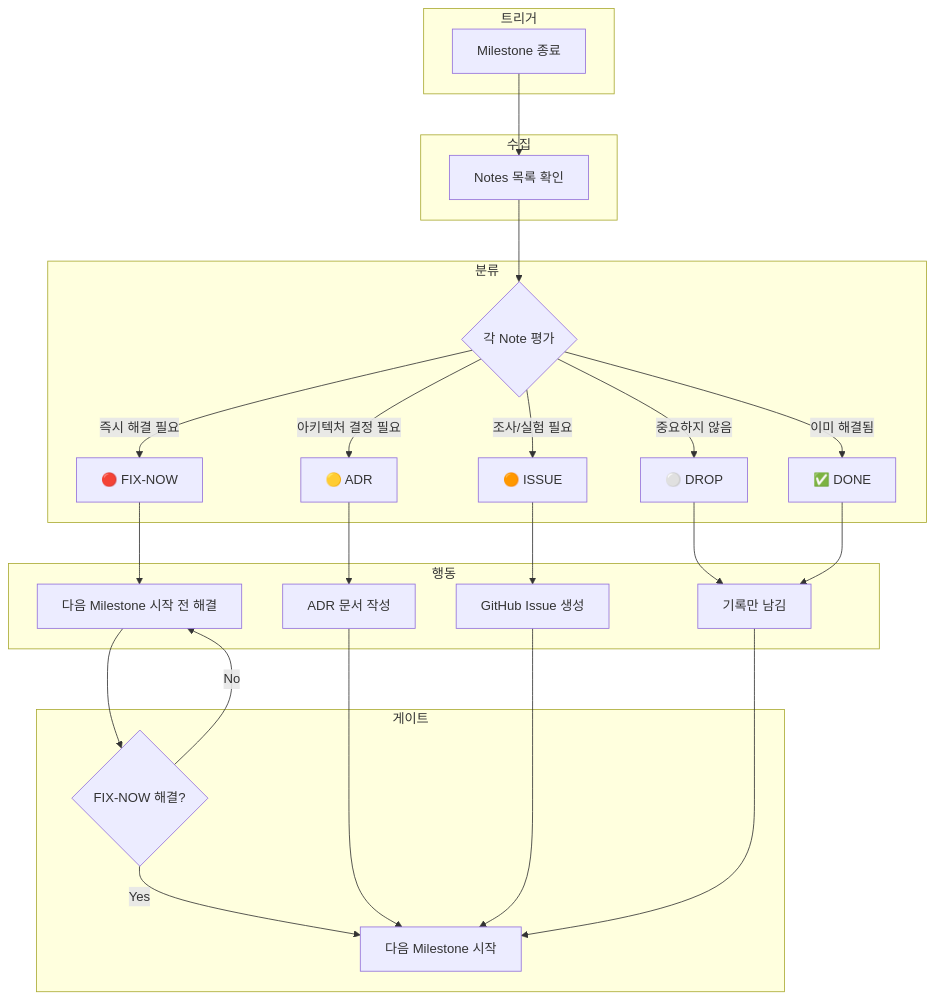
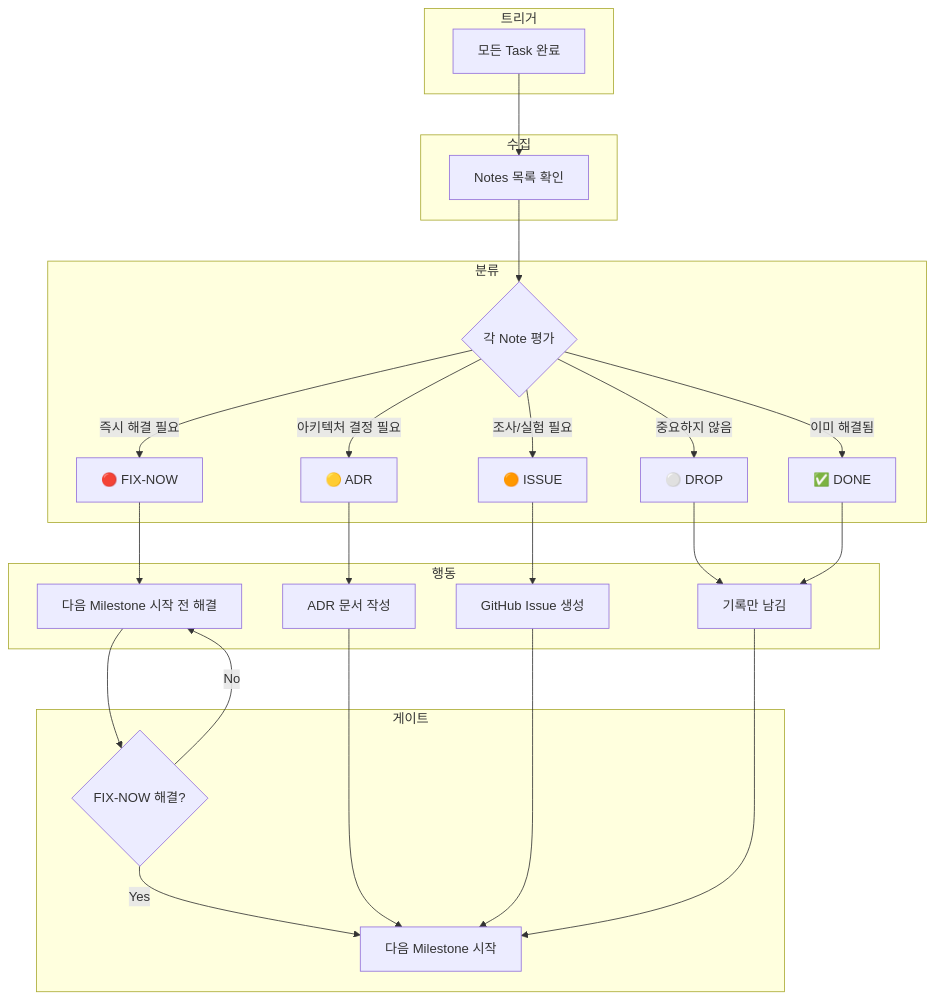
Before and after one commit to cagojeiger/code-hub: the sixth of 10 diagrams in docs/workflow.md, drawn with Mermaid. The commit also changed other lines of this file, not shown here.

````diff
--- a/docs/workflow.md
+++ b/docs/workflow.md
@@ -162,37 +251,37 @@
 ```mermaid
 flowchart TD
     subgraph Trigger["트리거"]
-        MS_END[Milestone 종료]
+        ALL_TASK_DONE[모든 Task 완료]
     end
 
     subgraph Collect["수집"]
-        MS_END --> NOTES[Notes 목록 확인]
+        ALL_TASK_DONE --> NOTES[Notes 목록 확인]
     end
 
     subgraph Classify["분류"]
         NOTES --> ASSESS{각 Note 평가}
 
         ASSESS -->|즉시 해결 필요| FIX["🔴 FIX-NOW"]
         ASSESS -->|아키텍처 결정 필요| ADR["🟡 ADR"]
         ASSESS -->|조사/실험 필요| ISSUE["🟠 ISSUE"]
         ASSESS -->|중요하지 않음| DROP["⚪ DROP"]
         ASSESS -->|이미 해결됨| DONE["✅ DONE"]
     end
 
     subgraph Act["행동"]
         FIX --> BLOCK[다음 Milestone 시작 전 해결]
         ADR --> ADR_DOC[ADR 문서 작성]
         ISSUE --> GH_ISSUE[GitHub Issue 생성]
         DROP --> ARCHIVE[기록만 남김]
         DONE --> ARCHIVE
     end
 
     subgraph Gate["게이트"]
         BLOCK --> CHECK{FIX-NOW 해결?}
         CHECK -->|No| BLOCK
         CHECK -->|Yes| NEXT[다음 Milestone 시작]
         ADR_DOC --> NEXT
         GH_ISSUE --> NEXT
         ARCHIVE --> NEXT
     end
 ```
````
